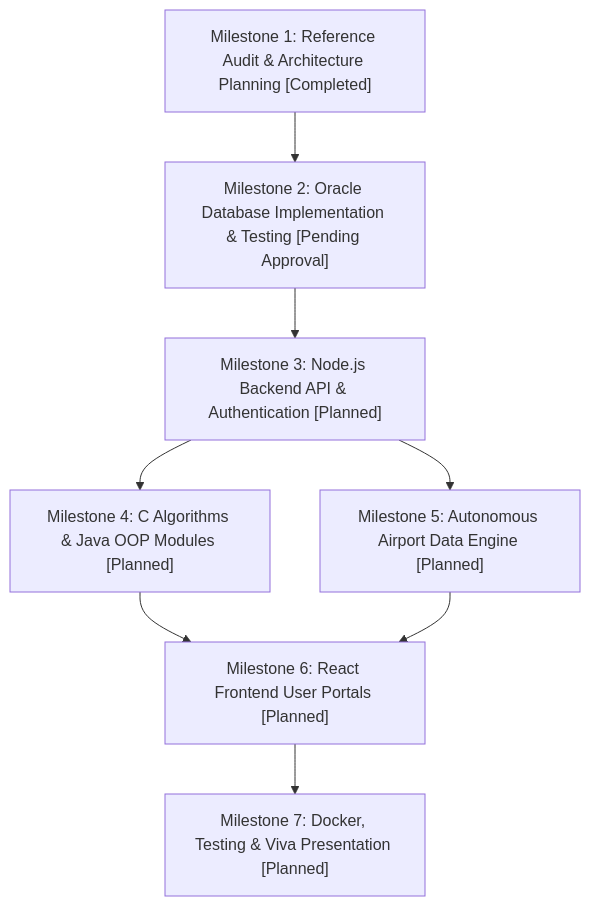
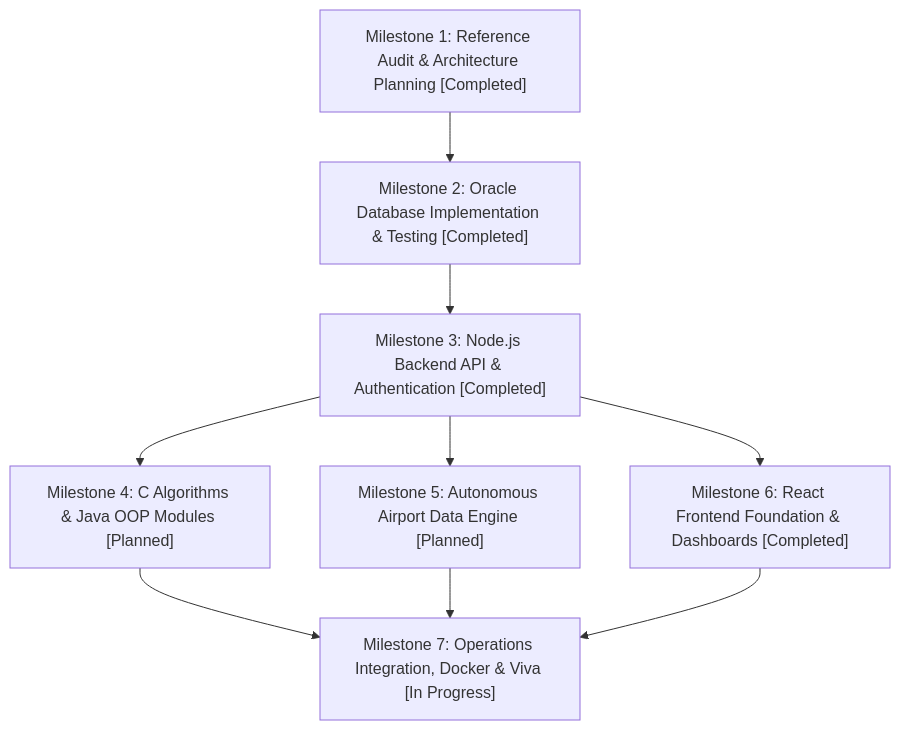
One commit to Saravana65/Airport-Management-System changed the diagram in docs/DEVELOPMENT_ROADMAP.md. Above: the diagram before and after it, drawn with Mermaid. The commit also changed other lines of this file and 46 other files, not shown here.

Commit message:
feat(frontend): implement Phase 06 React.js foundation, aviation dark dashboard, role-based navigation, and auth integration

````diff
--- a/docs/DEVELOPMENT_ROADMAP.md
+++ b/docs/DEVELOPMENT_ROADMAP.md
@@ -13,18 +13,19 @@
 ```mermaid
 flowchart TD
     M1["Milestone 1: Reference Audit & Architecture Planning [Completed]"]
-    M2["Milestone 2: Oracle Database Implementation & Testing [Pending Approval]"]
-    M3["Milestone 3: Node.js Backend API & Authentication [Planned]"]
+    M2["Milestone 2: Oracle Database Implementation & Testing [Completed]"]
+    M3["Milestone 3: Node.js Backend API & Authentication [Completed]"]
     M4["Milestone 4: C Algorithms & Java OOP Modules [Planned]"]
     M5["Milestone 5: Autonomous Airport Data Engine [Planned]"]
-    M6["Milestone 6: React Frontend User Portals [Planned]"]
-    M7["Milestone 7: Docker, Testing & Viva Presentation [Planned]"]
+    M6["Milestone 6: React Frontend Foundation & Dashboards [Completed]"]
+    M7["Milestone 7: Operations Integration, Docker & Viva [In Progress]"]
 
     M1 --> M2
     M2 --> M3
+    M3 --> M6
     M3 --> M4
     M3 --> M5
-    M4 --> M6
-    M5 --> M6
+    M4 --> M7
+    M5 --> M7
     M6 --> M7
 ```
````
